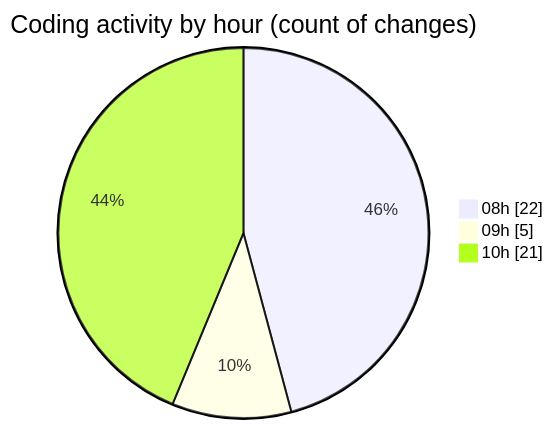
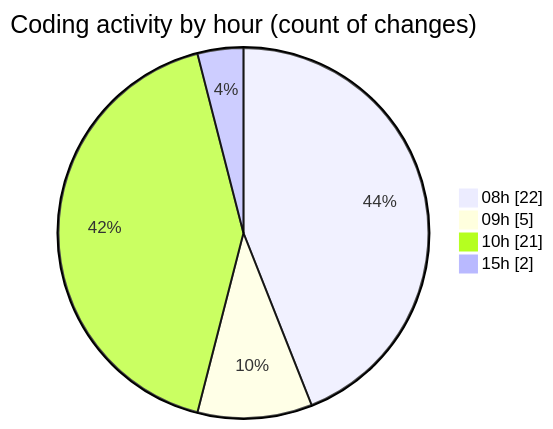
The second of 2 diagrams in 2025-02-17/mbc-web/README.md (robertbonfada/code-tracking), drawn with Mermaid before and after one commit. The commit also changed other lines of this file and 1 other file, not shown here.

````diff
--- a/2025-02-17/mbc-web/README.md
+++ b/2025-02-17/mbc-web/README.md
@@ -40,7 +40,8 @@
 ```mermaid
 pie showData
 title Coding activity by hour (count of changes)
 "08h" : 22
 "09h" : 5
 "10h" : 21
+"15h" : 2
 ```
````
